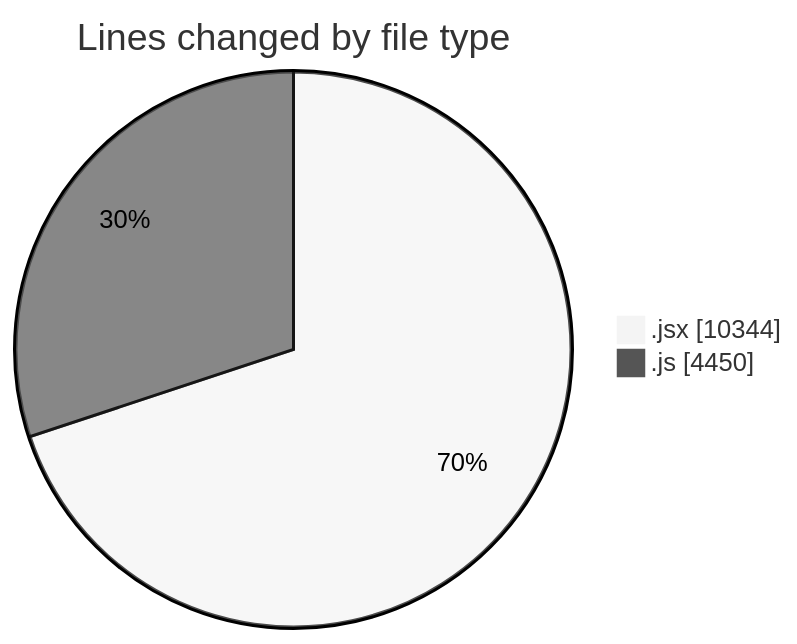
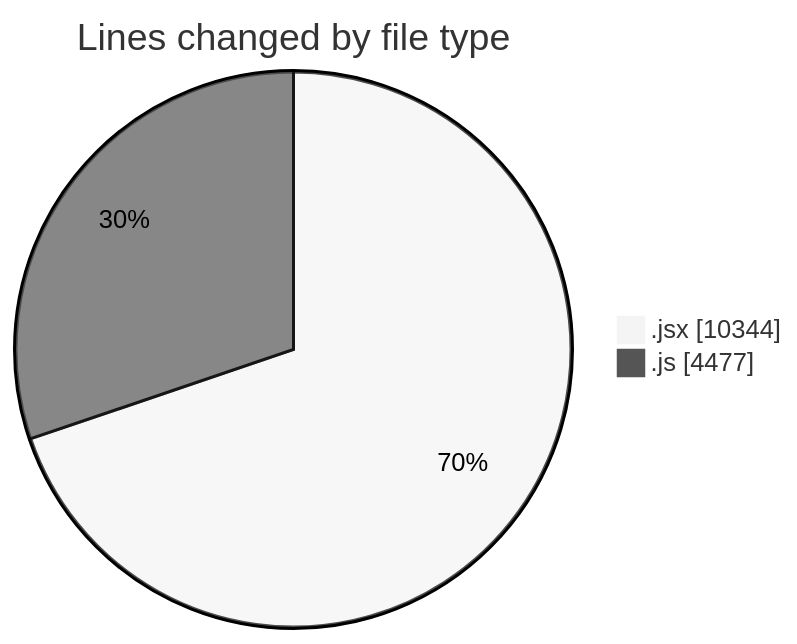
Before and after one commit to nxtqubesakshisongat/code-tracking: the first of 2 diagrams in 2025-09-23/nxtqube_webapp/README.md, drawn with Mermaid (neutral theme). The commit also changed other lines of this file and 1 other file, not shown here.

````diff
--- a/2025-09-23/nxtqube_webapp/README.md
+++ b/2025-09-23/nxtqube_webapp/README.md
@@ -24,6 +24,6 @@
 ```mermaid
 pie showData
 title Lines changed by file type
 ".jsx" : 10344
-".js" : 4450
+".js" : 4477
 ```
````
